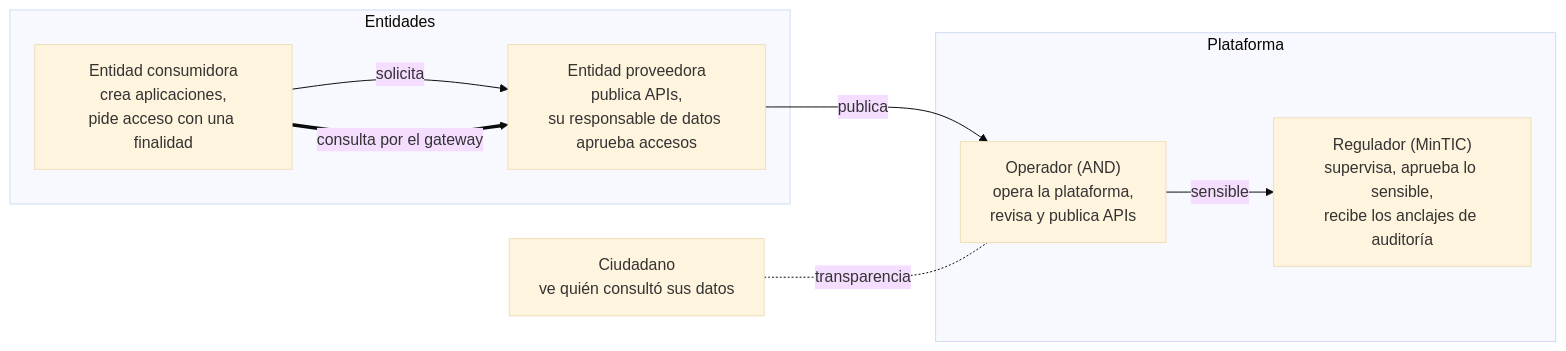
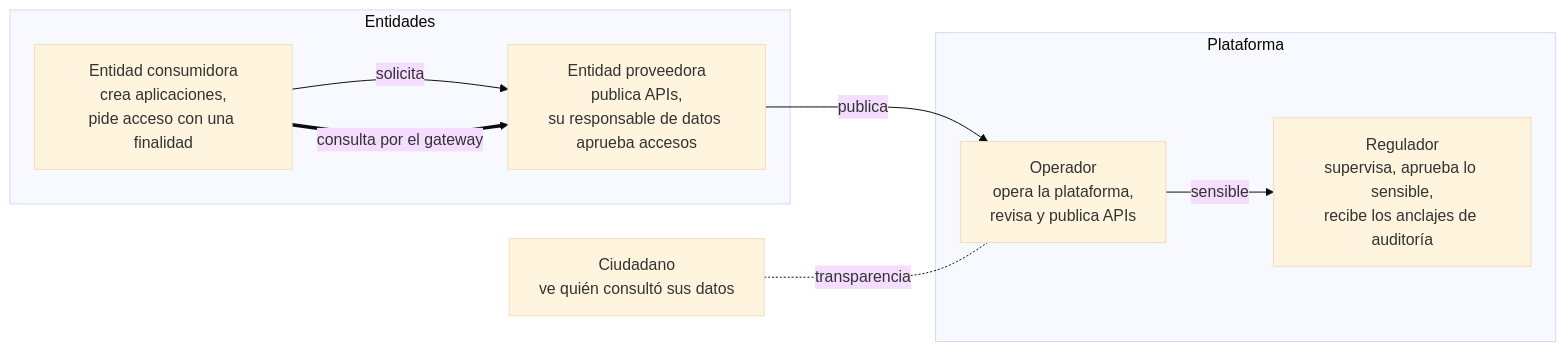
One commit to centre-for-dpi/data-exchange-admin-portal changed the first of 3 diagrams in docs/es/guides/operator.md. Above: the diagram before and after it, drawn with Mermaid (base theme). The commit also changed other lines of this file and 18 other files, not shown here.

````diff
--- a/docs/es/guides/operator.md
+++ b/docs/es/guides/operator.md
@@ -34,17 +34,17 @@
 ```mermaid
 flowchart LR
   subgraph Plataforma
-    AND["Operador (AND)<br/>opera la plataforma,<br/>revisa y publica APIs"]
-    MIN["Regulador (MinTIC)<br/>supervisa, aprueba lo sensible,<br/>recibe los anclajes de auditoría"]
+    OP["Operador<br/>opera la plataforma,<br/>revisa y publica APIs"]
+    REG["Regulador<br/>supervisa, aprueba lo sensible,<br/>recibe los anclajes de auditoría"]
   end
   subgraph Entidades
     P["Entidad proveedora<br/>publica APIs,<br/>su responsable de datos aprueba accesos"]
     C["Entidad consumidora<br/>crea aplicaciones,<br/>pide acceso con una finalidad"]
   end
   CIU["Ciudadano<br/>ve quién consultó sus datos"]
-  P -- "publica" --> AND
-  AND -- "sensible" --> MIN
+  P -- "publica" --> OP
+  OP -- "sensible" --> REG
   C -- "solicita" --> P
   C == "consulta por el gateway" ==> P
-  CIU -. "transparencia" .- AND
+  CIU -. "transparencia" .- OP
 ```
````
